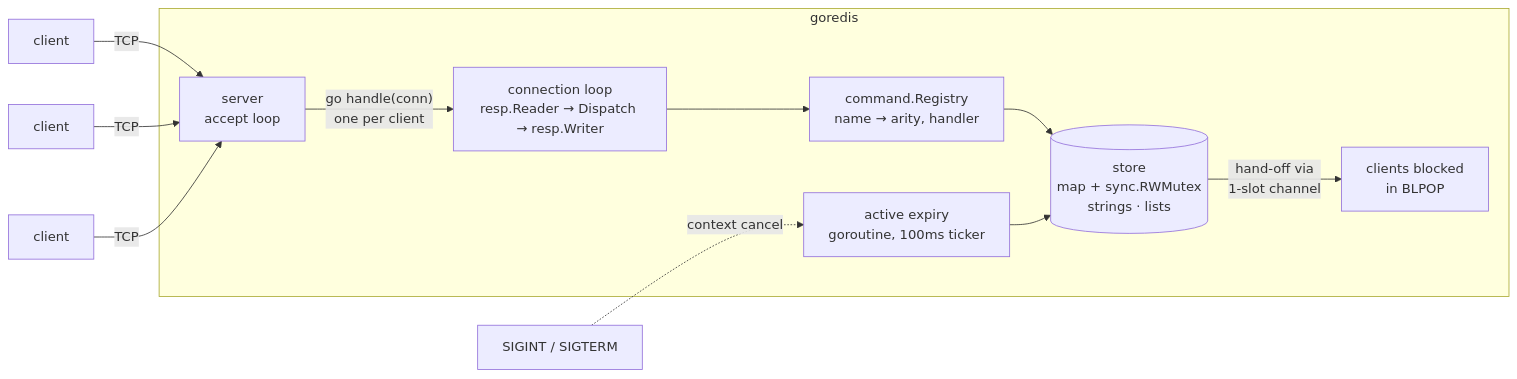
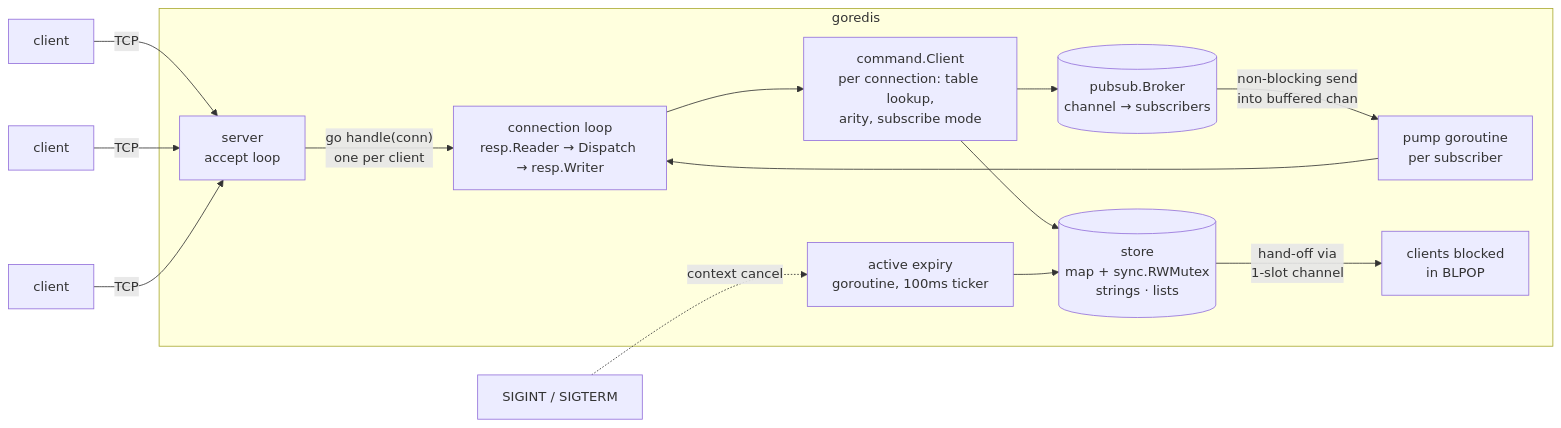
Before and after one commit to AbhishekBasnet/goredis: the diagram in README.md, drawn with Mermaid. The commit also changed other lines of this file, not shown here.

Commit message:
README: document pub/sub and the slow-subscriber policy

````diff
--- a/README.md
+++ b/README.md
@@ -43,14 +44,17 @@
 ```mermaid
 flowchart LR
     C1[client] & C2[client] & C3[client] -- TCP --> A
 
     subgraph goredis
         A["server<br/>accept loop"] -->|"go handle(conn)<br/>one per client"| H["connection loop<br/>resp.Reader → Dispatch → resp.Writer"]
-        H --> R["command.Registry<br/>name → arity, handler"]
+        H --> R["command.Client<br/>per connection: table lookup,<br/>arity, subscribe mode"]
+        R --> PB[("pubsub.Broker<br/>channel → subscribers")]
+        PB -- "non-blocking send<br/>into buffered chan" --> PU["pump goroutine<br/>per subscriber"]
+        PU --> H
         R --> S[("store<br/>map + sync.RWMutex<br/>strings · lists")]
         E["active expiry<br/>goroutine, 100ms ticker"] --> S
         S -- "hand-off via<br/>1-slot channel" --> B["clients blocked<br/>in BLPOP"]
     end
 
     SIG["SIGINT / SIGTERM"] -. "context cancel" .-> E
 ```
````
